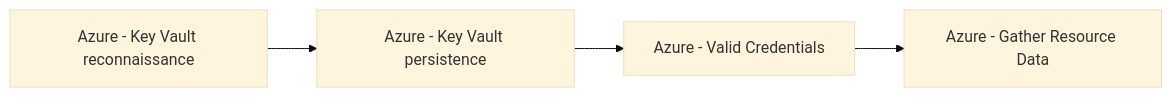
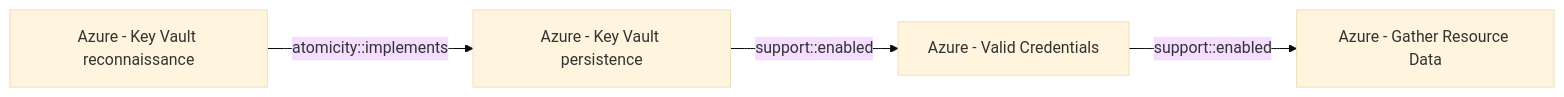
One commit to opentidehq/library changed the diagram in docs/threats/azure-key-vault-reconnaissance.md. Above: the diagram before and after it, drawn with Mermaid (base theme). The commit also changed other lines of this file and 277 other files, not shown here.

````diff
--- a/docs/threats/azure-key-vault-reconnaissance.md
+++ b/docs/threats/azure-key-vault-reconnaissance.md
@@ -69,10 +101,10 @@
 ```mermaid
 flowchart LR
 81338b90_f80c_40cc_8a57_ba97cdf86948["Azure - Key Vault reconnaissance"]
 bcf3bb96_ed97_4853_98ab_937c2d214f4e["Azure - Key Vault persistence"]
 2743bf18_3b86_4721_bf3e_153dcda0b149["Azure - Valid Credentials"]
 b1593e0b_1b3b_462d_9ab6_21d1c136469d["Azure - Gather Resource Data"]
-81338b90_f80c_40cc_8a57_ba97cdf86948 --> bcf3bb96_ed97_4853_98ab_937c2d214f4e
-bcf3bb96_ed97_4853_98ab_937c2d214f4e --> 2743bf18_3b86_4721_bf3e_153dcda0b149
-2743bf18_3b86_4721_bf3e_153dcda0b149 --> b1593e0b_1b3b_462d_9ab6_21d1c136469d
+81338b90_f80c_40cc_8a57_ba97cdf86948 -->|atomicity::implements| bcf3bb96_ed97_4853_98ab_937c2d214f4e
+bcf3bb96_ed97_4853_98ab_937c2d214f4e -->|support::enabled| 2743bf18_3b86_4721_bf3e_153dcda0b149
+2743bf18_3b86_4721_bf3e_153dcda0b149 -->|support::enabled| b1593e0b_1b3b_462d_9ab6_21d1c136469d
 ```
````
